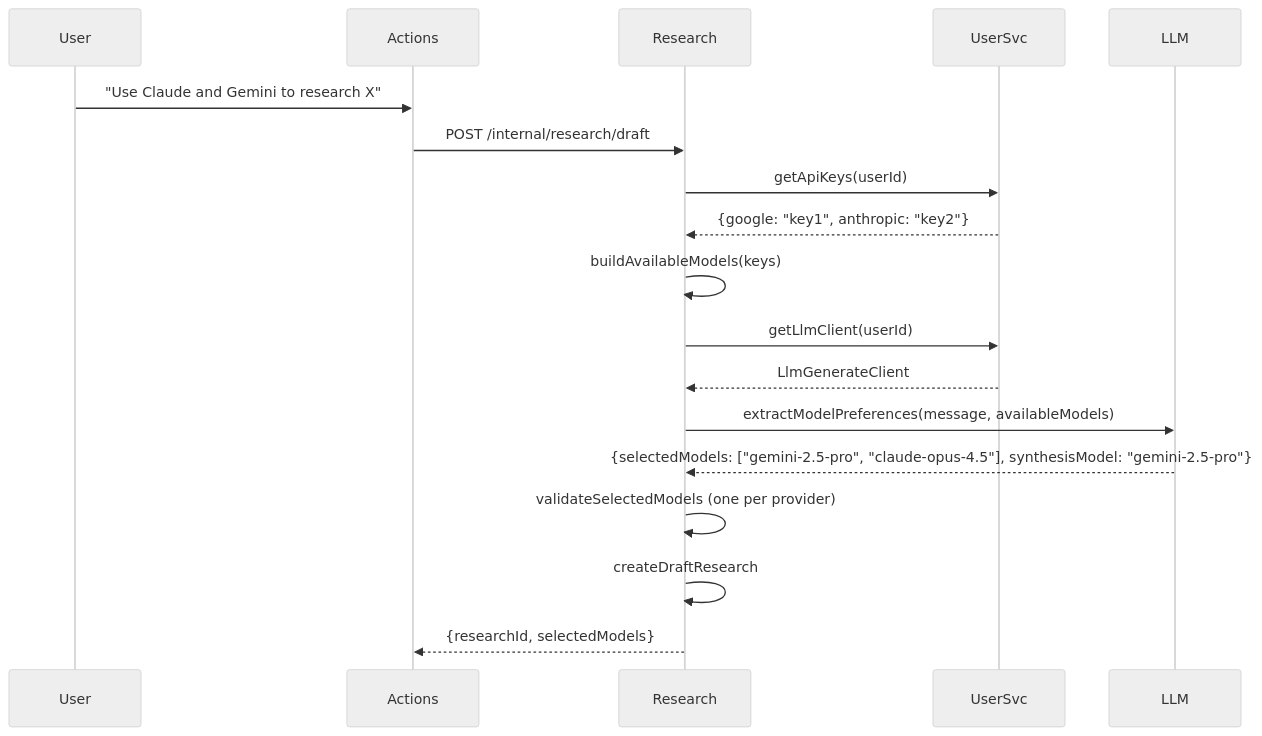
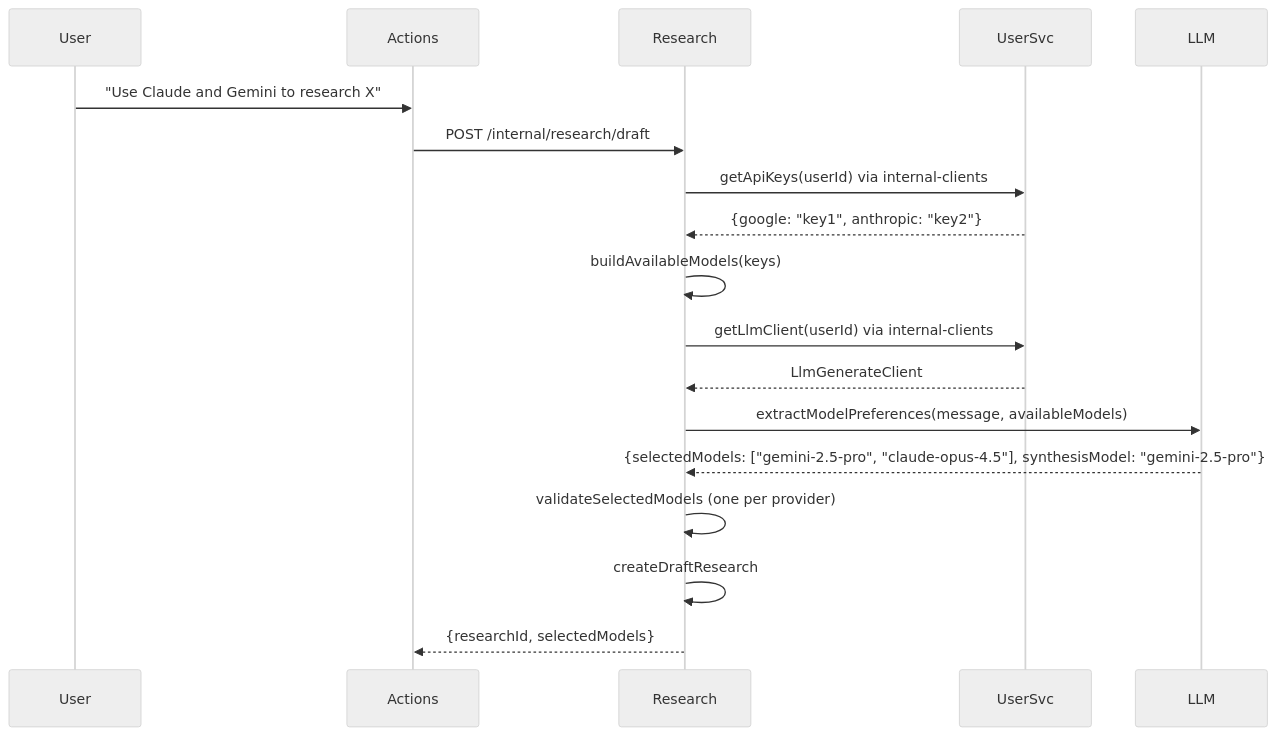
One commit to pbuchman/praxos changed the second of 4 diagrams in docs/services/research-agent/technical.md. Above: the diagram before and after it, drawn with Mermaid (neutral theme). The commit also changed other lines of this file and 47 other files, not shown here.

````diff
--- a/docs/services/research-agent/technical.md
+++ b/docs/services/research-agent/technical.md
@@ -47,21 +100,21 @@
 ```mermaid
 sequenceDiagram
     participant User
     participant Actions
     participant Research
     participant UserSvc
     participant LLM
 
     User->>Actions: "Use Claude and Gemini to research X"
     Actions->>Research: POST /internal/research/draft
-    Research->>UserSvc: getApiKeys(userId)
+    Research->>UserSvc: getApiKeys(userId) via internal-clients
     UserSvc-->>Research: {google: "key1", anthropic: "key2"}
     Research->>Research: buildAvailableModels(keys)
-    Research->>UserSvc: getLlmClient(userId)
+    Research->>UserSvc: getLlmClient(userId) via internal-clients
     UserSvc-->>Research: LlmGenerateClient
     Research->>LLM: extractModelPreferences(message, availableModels)
     LLM-->>Research: {selectedModels: ["gemini-2.5-pro", "claude-opus-4.5"], synthesisModel: "gemini-2.5-pro"}
     Research->>Research: validateSelectedModels (one per provider)
     Research->>Research: createDraftResearch
     Research-->>Actions: {researchId, selectedModels}
 ```
````
